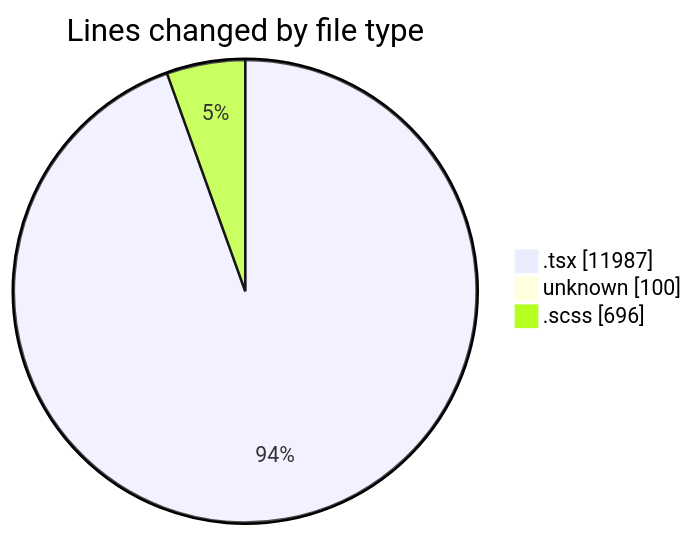
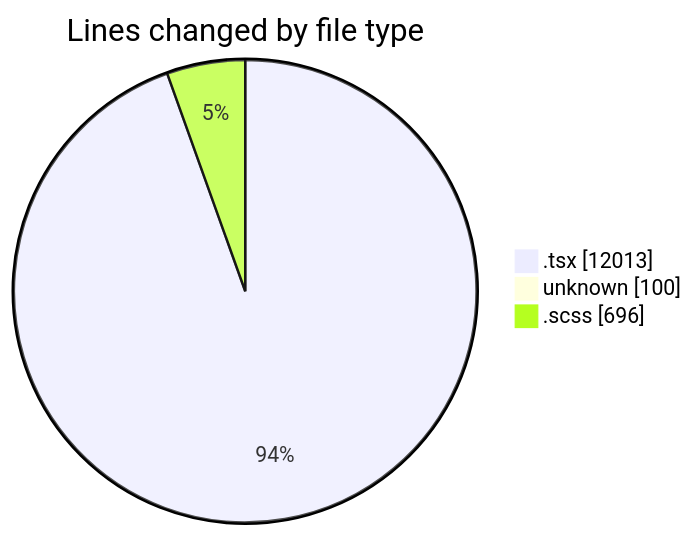
Before and after one commit to momahboobian/code-tracking: the first of 2 diagrams in 2025-12-05/cda/README.md, drawn with Mermaid. The commit also changed other lines of this file and 1 other file, not shown here.

````diff
--- a/2025-12-05/cda/README.md
+++ b/2025-12-05/cda/README.md
@@ -38,7 +38,7 @@
 ```mermaid
 pie showData
 title Lines changed by file type
-".tsx" : 11987
+".tsx" : 12013
 "unknown" : 100
 ".scss" : 696
 ```
````
